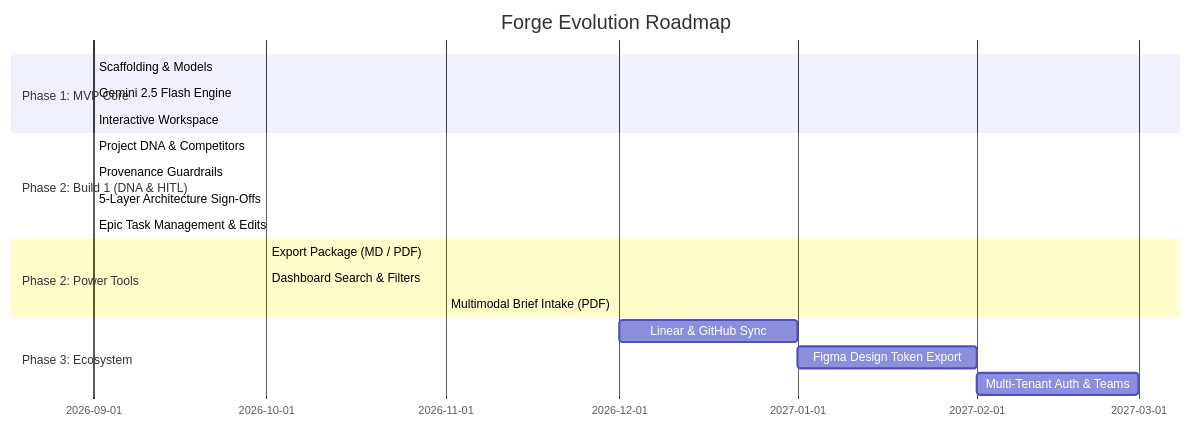
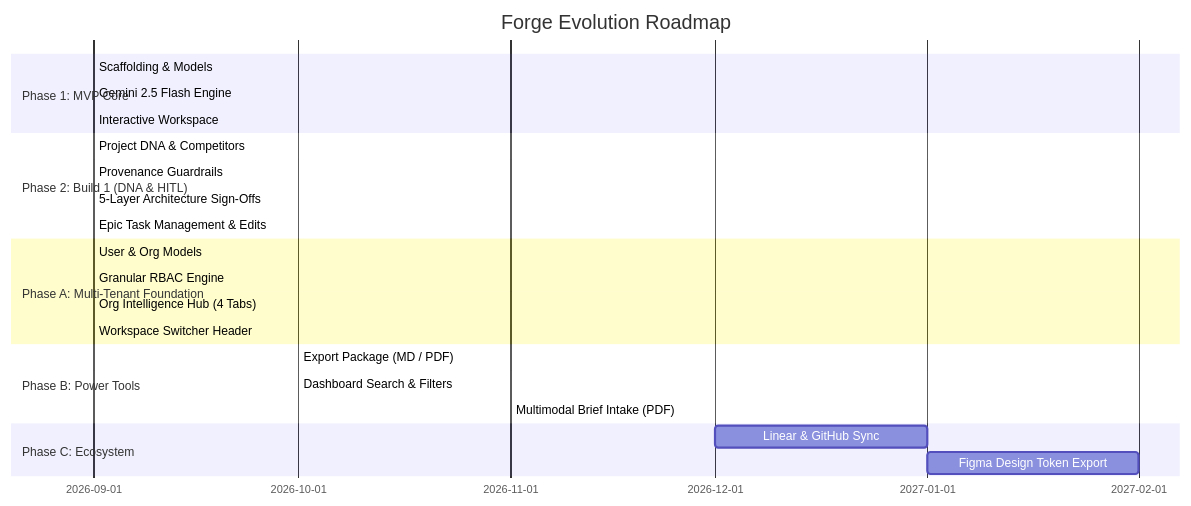
Before and after one commit to ShreyaParker/forge-mvp: the second of 2 diagrams in doc/ARCHITECTURE.md, drawn with Mermaid. The commit also changed other lines of this file and 21 other files, not shown here.

Commit message:
feat: implement Phase A Multi-Tenant Agency Foundation, Granular RBAC, and Organization Intelligence Hub; update ARCHITECTURE.md and MASTERPLAN.md

````diff
--- a/doc/ARCHITECTURE.md
+++ b/doc/ARCHITECTURE.md
@@ -492,22 +457,26 @@
 ```mermaid
 gantt
     title Forge Evolution Roadmap
     dateFormat  YYYY-MM
     section Phase 1: MVP Core
     Scaffolding & Models             :done, 2026-09, 2026-09
     Gemini 2.5 Flash Engine          :done, 2026-09, 2026-09
     Interactive Workspace            :done, 2026-09, 2026-09
     section Phase 2: Build 1 (DNA & HITL)
     Project DNA & Competitors        :done, 2026-09, 2026-09
     Provenance Guardrails            :done, 2026-09, 2026-09
     5-Layer Architecture Sign-Offs   :done, 2026-09, 2026-09
     Epic Task Management & Edits     :done, 2026-09, 2026-09
-    section Phase 2: Power Tools
+    section Phase A: Multi-Tenant Foundation
+    User & Org Models                :done, 2026-09, 2026-09
+    Granular RBAC Engine             :done, 2026-09, 2026-09
+    Org Intelligence Hub (4 Tabs)    :done, 2026-09, 2026-09
+    Workspace Switcher Header        :done, 2026-09, 2026-09
+    section Phase B: Power Tools
     Export Package (MD / PDF)        :active, 2026-10, 2026-10
     Dashboard Search & Filters       :2026-10, 2026-10
     Multimodal Brief Intake (PDF)    :2026-11, 2026-11
-    section Phase 3: Ecosystem
+    section Phase C: Ecosystem
     Linear & GitHub Sync             :2026-12, 2027-01
     Figma Design Token Export        :2027-01, 2027-02
-    Multi-Tenant Auth & Teams        :2027-02, 2027-03
 ```
````
